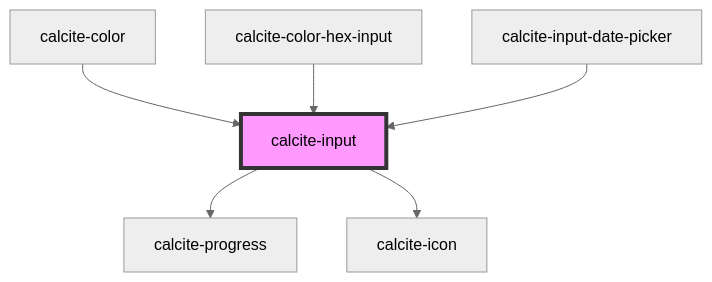
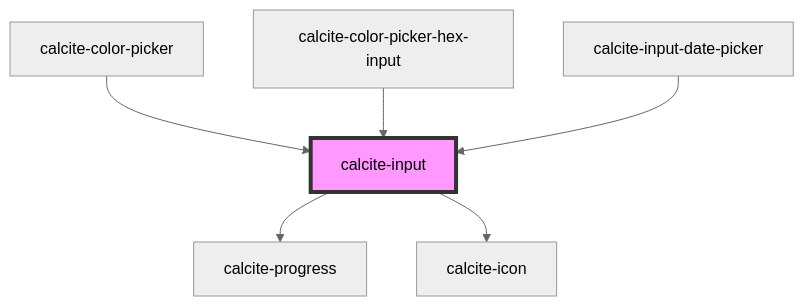
One commit to vikivakarvc/calcite-design-system changed the diagram in src/components/calcite-input/readme.md. Above: the diagram before and after it, drawn with Mermaid (neutral theme). The commit also changed other lines of this file and 31 other files, not shown here.

````diff
--- a/src/components/calcite-input/readme.md
+++ b/src/components/calcite-input/readme.md
@@ -180,9 +180,9 @@
 ```mermaid
 graph TD;
   calcite-input --> calcite-progress
   calcite-input --> calcite-icon
-  calcite-color --> calcite-input
-  calcite-color-hex-input --> calcite-input
+  calcite-color-picker --> calcite-input
+  calcite-color-picker-hex-input --> calcite-input
   calcite-input-date-picker --> calcite-input
   style calcite-input fill:#f9f,stroke:#333,stroke-width:4px
 ```
````
